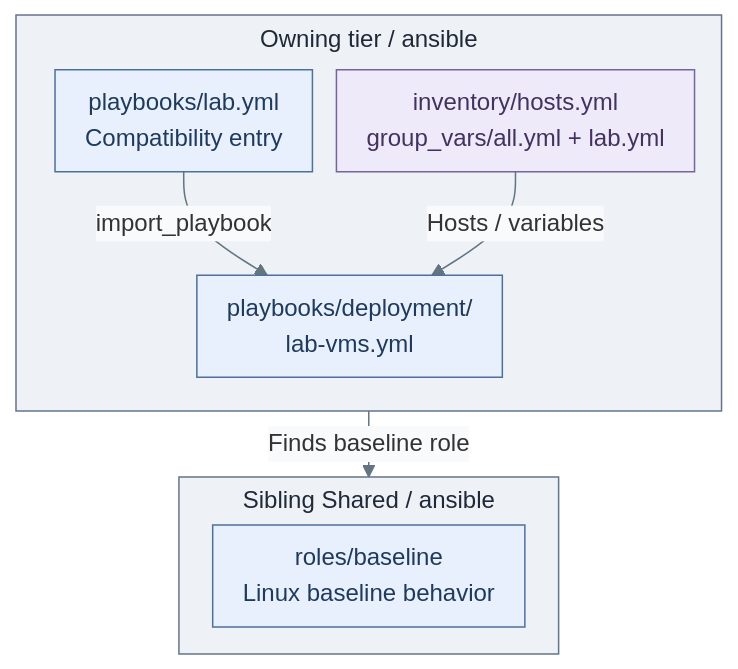
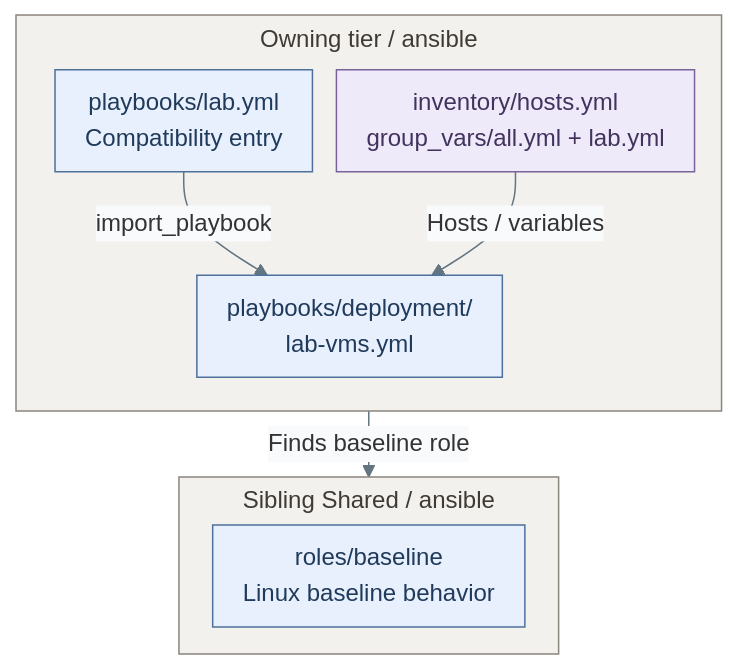
Before and after one commit to Rexus/homelab: the second of 2 diagrams in docs/04-development/code-layout.md, drawn with Mermaid. The commit also changed other lines of this file and 108 other files, not shown here.

Commit message:
docs(diagrams): unify visual language and opening views

````diff
--- a/docs/04-development/code-layout.md
+++ b/docs/04-development/code-layout.md
@@ -102,23 +108,24 @@
 ```mermaid
 %%{init: {"theme":"base","flowchart":{"nodeSpacing":16,"rankSpacing":20,"padding":10,"subGraphTitleMargin":{"top":4,"bottom":10}},"themeVariables":{"lineColor":"#627581","edgeLabelBackground":"#f8fafc"}}}%%
 flowchart TB
   subgraph Tier["Owning tier / ansible"]
     direction TB
     Entry["playbooks/lab.yml<br/>Compatibility entry"]
     Inputs["inventory/hosts.yml<br/>group_vars/all.yml + lab.yml"]
     Recipe["playbooks/deployment/<br/>lab-vms.yml"]
     Entry -->|import_playbook| Recipe
     Inputs -->|Hosts / variables| Recipe
   end
   subgraph Shared["Sibling Shared / ansible"]
     Baseline["roles/baseline<br/>Linux baseline behavior"]
   end
   Recipe -->|Finds baseline role| Shared
   classDef default fill:#f8fafc,stroke:#64748b,color:#1f2937
   classDef boundary fill:#eef2f6,stroke:#64748b,color:#1f2937
   classDef services fill:#e7f0fc,stroke:#4d719b,color:#203a5b
   classDef data fill:#eeeafa,stroke:#78639b,color:#42325d
-  class Tier,Shared boundary
+  classDef ownership fill:#f3f1ed,stroke:#8b857c,color:#3f3a34
+  class Tier,Shared ownership
   class Entry,Recipe,Baseline services
   class Inputs data
 ```
````
